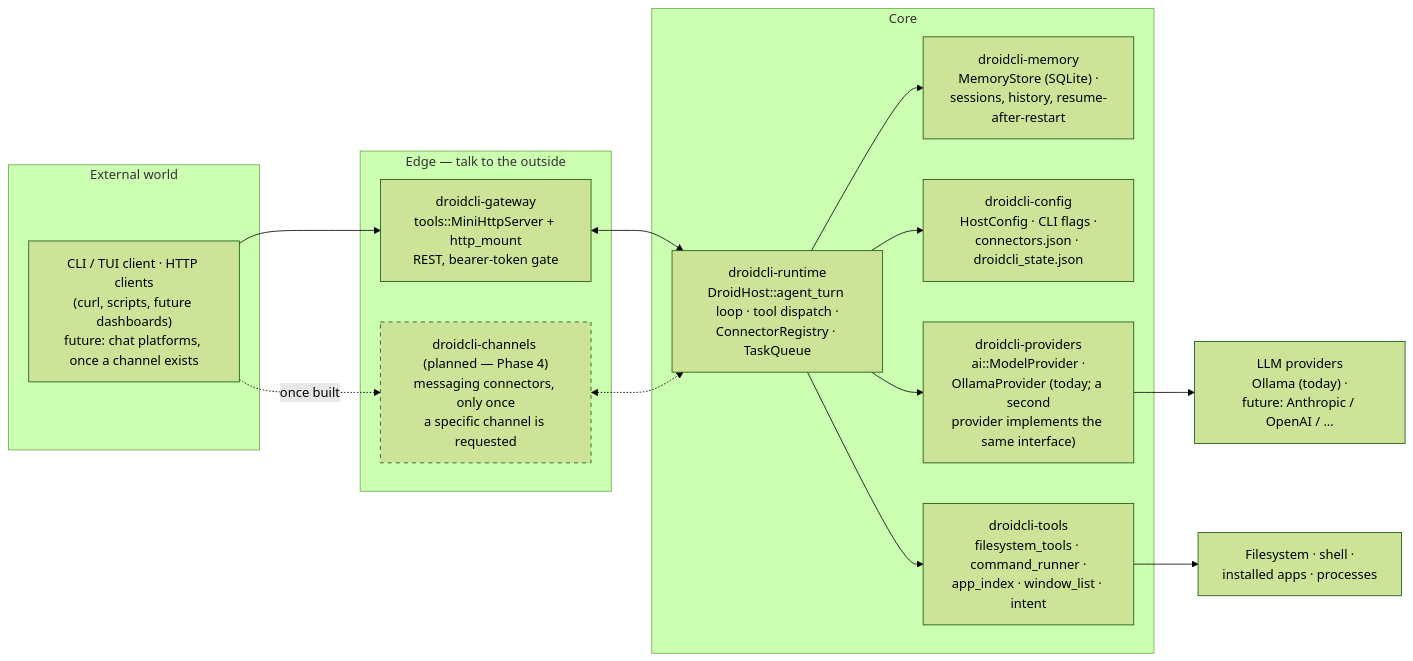
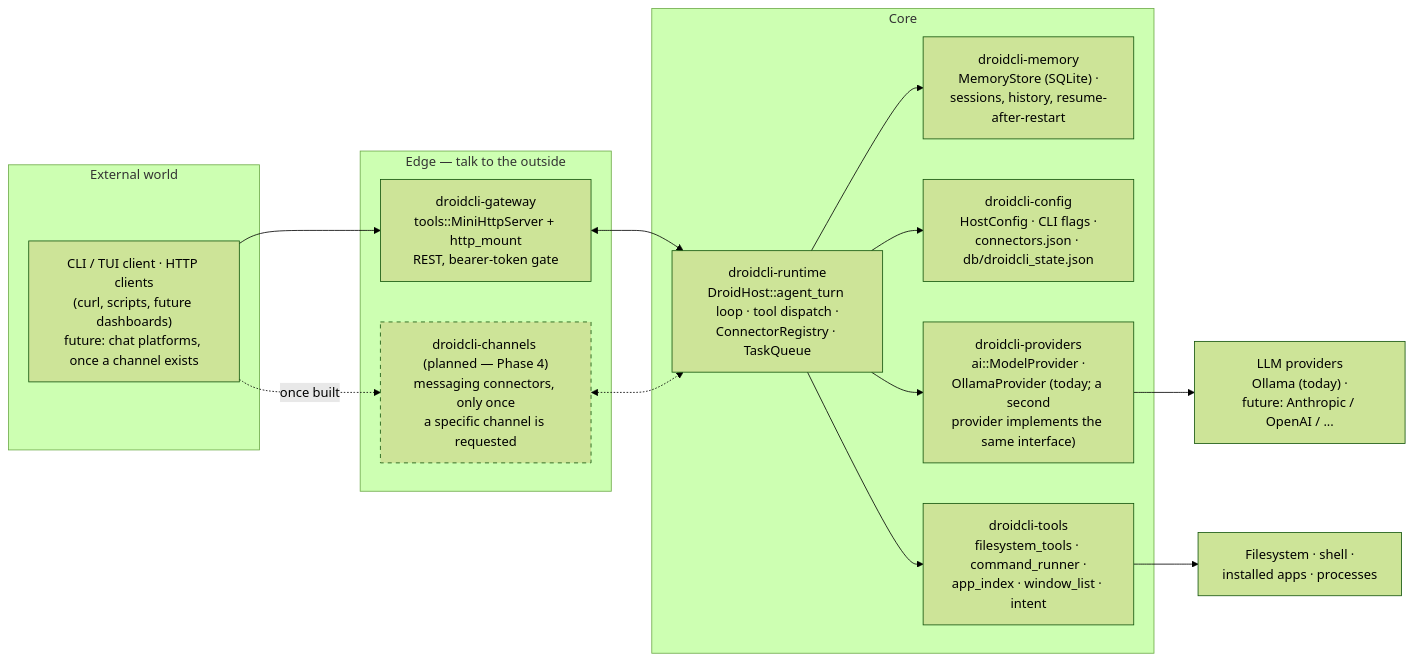
One commit to vecnode/droidcli changed the third of 3 diagrams in ARCHITECTURE.md. Above: the diagram before and after it, drawn with Mermaid (forest theme). The commit also changed other lines of this file and 14 other files, not shown here.

````diff
--- a/ARCHITECTURE.md
+++ b/ARCHITECTURE.md
@@ -549,36 +549,36 @@
 ```mermaid
 flowchart LR
     subgraph EXT["External world"]
         CLIENTS["CLI / TUI client · HTTP clients\n(curl, scripts, future dashboards)\nfuture: chat platforms, once a channel exists"]
     end
 
     subgraph EDGE["Edge — talk to the outside"]
         GATEWAY["droidcli-gateway\ntools::MiniHttpServer + http_mount\nREST, bearer-token gate"]
         CHANNELS["droidcli-channels (planned — Phase 4)\nmessaging connectors, only once\na specific channel is requested"]
     end
 
     subgraph CORE["Core"]
         RUNTIME["droidcli-runtime\nDroidHost::agent_turn loop · tool dispatch ·\nConnectorRegistry · TaskQueue"]
         MEMORY["droidcli-memory\nMemoryStore (SQLite) ·\nsessions, history, resume-after-restart"]
-        CONFIG["droidcli-config\nHostConfig · CLI flags ·\nconnectors.json · droidcli_state.json"]
+        CONFIG["droidcli-config\nHostConfig · CLI flags ·\nconnectors.json · db/droidcli_state.json"]
         PROVIDERS["droidcli-providers\nai::ModelProvider ·\nOllamaProvider (today; a second\nprovider implements the same interface)"]
         TOOLS["droidcli-tools\nfilesystem_tools · command_runner ·\napp_index · window_list · intent"]
         RUNTIME --> MEMORY
         RUNTIME --> CONFIG
         RUNTIME --> PROVIDERS
         RUNTIME --> TOOLS
     end
 
     LLM["LLM providers\nOllama (today) ·\nfuture: Anthropic / OpenAI / ..."]
     OS["Filesystem · shell ·\ninstalled apps · processes"]
 
     CLIENTS --> GATEWAY
     CLIENTS -.->|"once built"| CHANNELS
     GATEWAY <--> RUNTIME
     CHANNELS <-.-> RUNTIME
     PROVIDERS --> LLM
     TOOLS --> OS
 
     classDef planned stroke-dasharray: 5 5;
     class CHANNELS planned;
 ```
````
